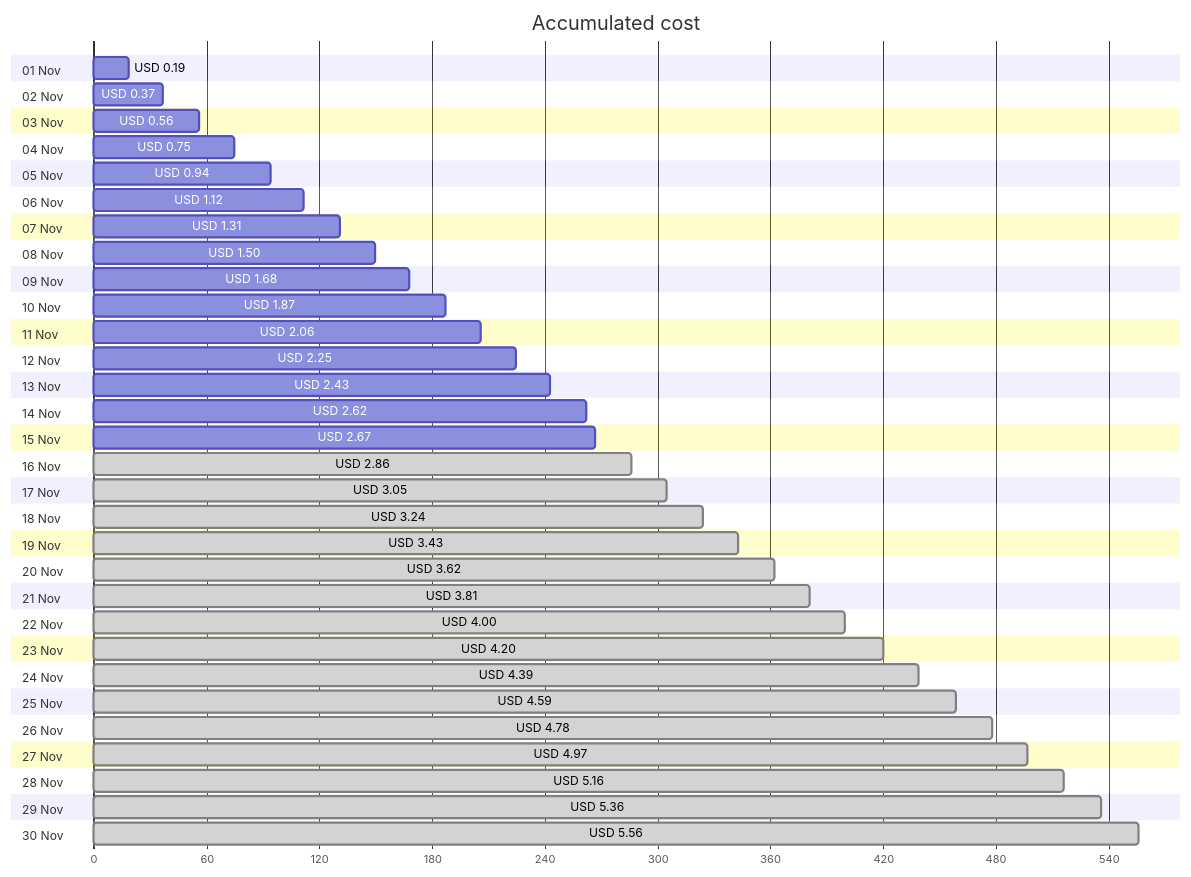
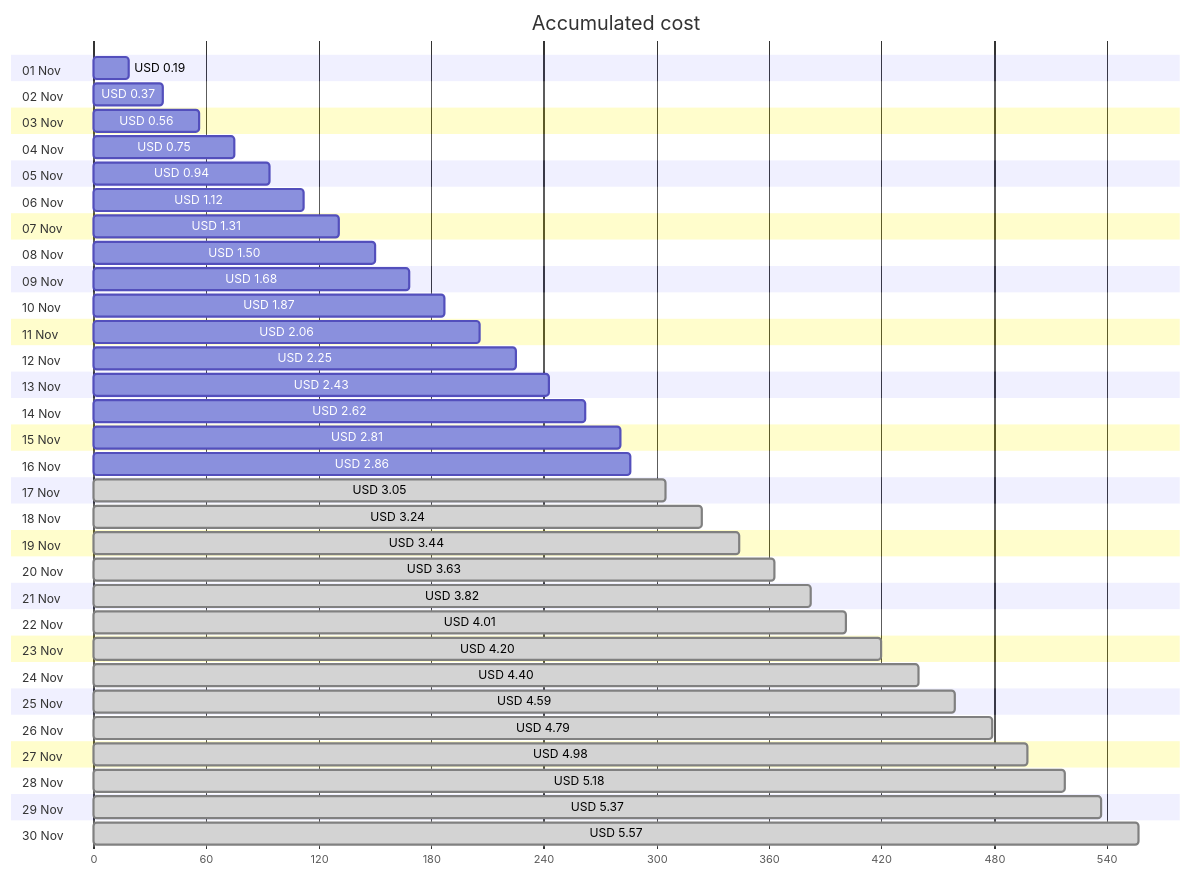
One commit to jpfulton/azure-personal-reports changed the first of 4 diagrams in cost-reports/personal-network/backup-server.md. Above: the diagram before and after it, drawn with Mermaid. The commit also changed other lines of this file and 8 other files, not shown here.

````diff
--- a/cost-reports/personal-network/backup-server.md
+++ b/cost-reports/personal-network/backup-server.md
@@ -20,66 +20,66 @@
 ```mermaid
 gantt
    title Accumulated cost
    dateFormat  X
    axisFormat %s
    section 01 Nov
    USD 0.19 :0, 19
    section 02 Nov
    USD 0.37 :0, 37
    section 03 Nov
    USD 0.56 :0, 56
    section 04 Nov
    USD 0.75 :0, 75
    section 05 Nov
    USD 0.94 :0, 94
    section 06 Nov
    USD 1.12 :0, 112
    section 07 Nov
    USD 1.31 :0, 131
    section 08 Nov
    USD 1.50 :0, 150
    section 09 Nov
    USD 1.68 :0, 168
    section 10 Nov
    USD 1.87 :0, 187
    section 11 Nov
    USD 2.06 :0, 206
    section 12 Nov
    USD 2.25 :0, 225
    section 13 Nov
    USD 2.43 :0, 243
    section 14 Nov
    USD 2.62 :0, 262
    section 15 Nov
-   USD 2.67 :0, 267
+   USD 2.81 :0, 281
    section 16 Nov
-   USD 2.86 : done, 0, 286
+   USD 2.86 :0, 286
    section 17 Nov
    USD 3.05 : done, 0, 305
    section 18 Nov
    USD 3.24 : done, 0, 324
    section 19 Nov
-   USD 3.43 : done, 0, 343
+   USD 3.44 : done, 0, 344
    section 20 Nov
-   USD 3.62 : done, 0, 362
+   USD 3.63 : done, 0, 363
    section 21 Nov
-   USD 3.81 : done, 0, 381
+   USD 3.82 : done, 0, 382
    section 22 Nov
-   USD 4.00 : done, 0, 400
+   USD 4.01 : done, 0, 401
    section 23 Nov
    USD 4.20 : done, 0, 420
    section 24 Nov
-   USD 4.39 : done, 0, 439
+   USD 4.40 : done, 0, 440
    section 25 Nov
    USD 4.59 : done, 0, 459
    section 26 Nov
-   USD 4.78 : done, 0, 478
+   USD 4.79 : done, 0, 479
    section 27 Nov
-   USD 4.97 : done, 0, 497
+   USD 4.98 : done, 0, 498
    section 28 Nov
-   USD 5.16 : done, 0, 516
+   USD 5.18 : done, 0, 518
    section 29 Nov
-   USD 5.36 : done, 0, 536
+   USD 5.37 : done, 0, 537
    section 30 Nov
-   USD 5.56 : done, 0, 556
+   USD 5.57 : done, 0, 557
 ```
````
